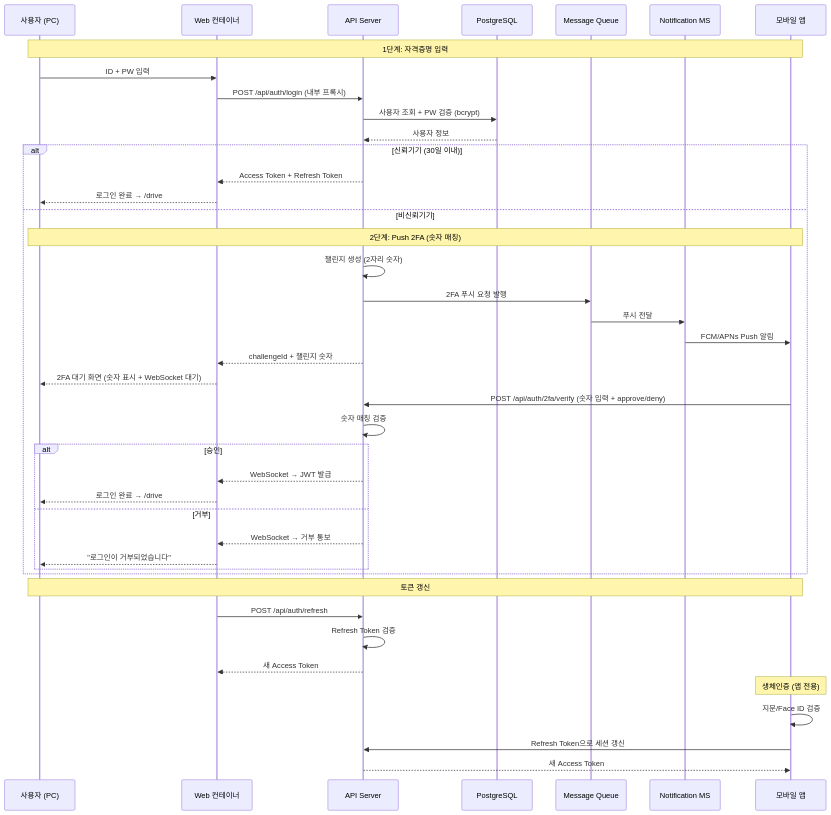
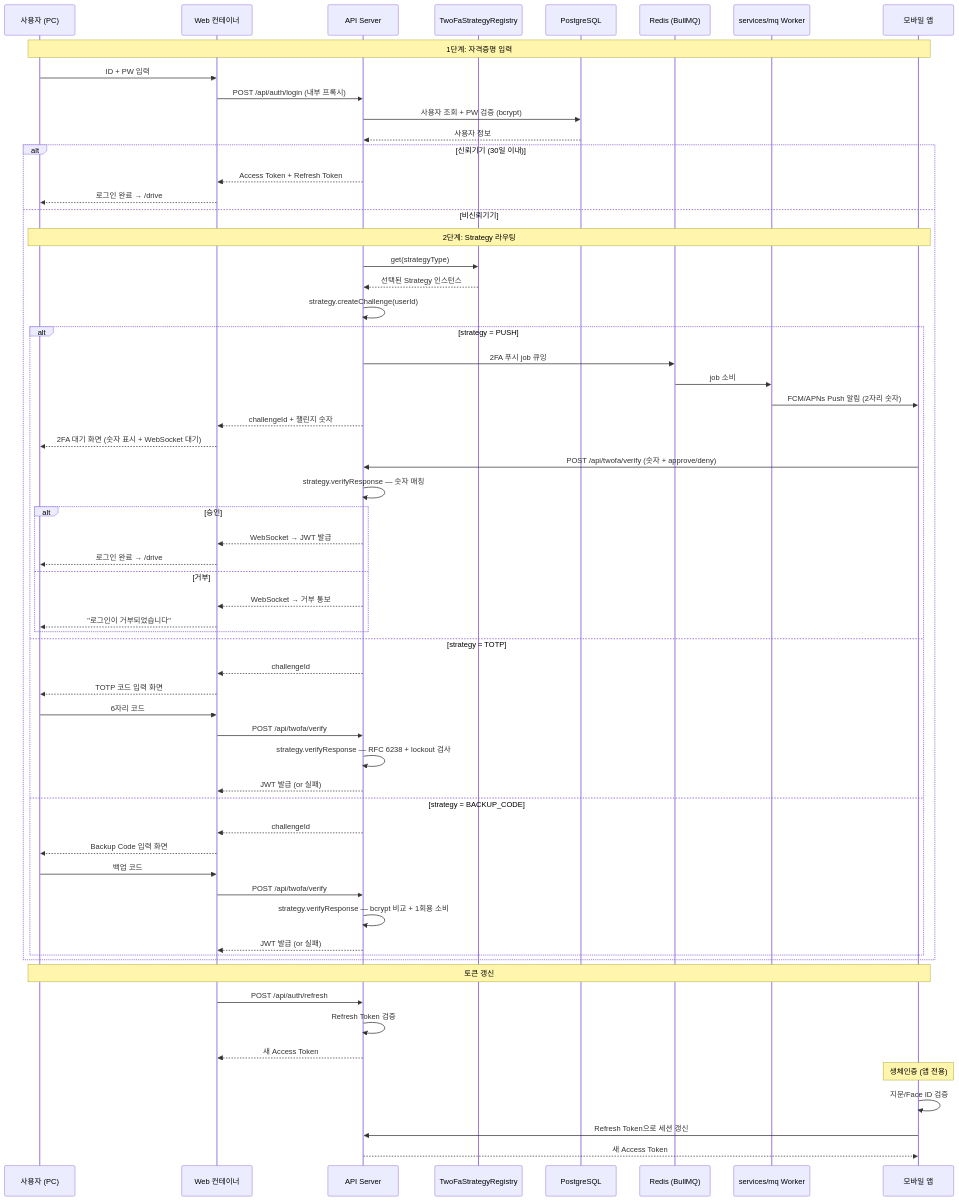
The fourth of 7 diagrams in docs/planning/architecture.md (idenn207/terab), drawn with Mermaid before and after one commit. The commit also changed other lines of this file and 6 other files, not shown here.

First line of the commit message:
docs(arch): 아키텍처 다이어그램 재설계 + ADR 신설 (워크스트림 5)

````diff
--- a/docs/planning/architecture.md
+++ b/docs/planning/architecture.md
@@ -211,49 +250,68 @@
 ```mermaid
 sequenceDiagram
     participant U as 사용자 (PC)
     participant W as Web 컨테이너
     participant A as API Server
+    participant Reg as TwoFaStrategyRegistry
     participant DB as PostgreSQL
-    participant MQ as Message Queue
-    participant N as Notification MS
+    participant Redis as Redis (BullMQ)
+    participant MQ as services/mq Worker
     participant M as 모바일 앱
 
     Note over U,M: 1단계: 자격증명 입력
     U->>W: ID + PW 입력
     W->>A: POST /api/auth/login (내부 프록시)
     A->>DB: 사용자 조회 + PW 검증 (bcrypt)
     DB-->>A: 사용자 정보
 
     alt 신뢰기기 (30일 이내)
         A-->>W: Access Token + Refresh Token
         W-->>U: 로그인 완료 → /drive
     else 비신뢰기기
-        Note over U,M: 2단계: Push 2FA (숫자 매칭)
-        A->>A: 챌린지 생성 (2자리 숫자)
-        A->>MQ: 2FA 푸시 요청 발행
-        MQ->>N: 푸시 전달
-        N->>M: FCM/APNs Push 알림
-        A-->>W: challengeId + 챌린지 숫자
-        W-->>U: 2FA 대기 화면 (숫자 표시 + WebSocket 대기)
+        Note over U,M: 2단계: Strategy 라우팅
+        A->>Reg: get(strategyType)
+        Reg-->>A: 선택된 Strategy 인스턴스
+        A->>A: strategy.createChallenge(userId)
 
-        M->>A: POST /api/auth/2fa/verify (숫자 입력 + approve/deny)
-        A->>A: 숫자 매칭 검증
-        alt 승인
-            A-->>W: WebSocket → JWT 발급
-            W-->>U: 로그인 완료 → /drive
-        else 거부
-            A-->>W: WebSocket → 거부 통보
-            W-->>U: "로그인이 거부되었습니다"
+        alt strategy = PUSH
+            A->>Redis: 2FA 푸시 job 큐잉
+            Redis->>MQ: job 소비
+            MQ->>M: FCM/APNs Push 알림 (2자리 숫자)
+            A-->>W: challengeId + 챌린지 숫자
+            W-->>U: 2FA 대기 화면 (숫자 표시 + WebSocket 대기)
+            M->>A: POST /api/twofa/verify (숫자 + approve/deny)
+            A->>A: strategy.verifyResponse — 숫자 매칭
+            alt 승인
+                A-->>W: WebSocket → JWT 발급
+                W-->>U: 로그인 완료 → /drive
+            else 거부
+                A-->>W: WebSocket → 거부 통보
+                W-->>U: "로그인이 거부되었습니다"
+            end
+        else strategy = TOTP
+            A-->>W: challengeId
+            W-->>U: TOTP 코드 입력 화면
+            U->>W: 6자리 코드
+            W->>A: POST /api/twofa/verify
+            A->>A: strategy.verifyResponse — RFC 6238 + lockout 검사
+            A-->>W: JWT 발급 (or 실패)
+        else strategy = BACKUP_CODE
+            A-->>W: challengeId
+            W-->>U: Backup Code 입력 화면
+            U->>W: 백업 코드
+            W->>A: POST /api/twofa/verify
+            A->>A: strategy.verifyResponse — bcrypt 비교 + 1회용 소비
+            A-->>W: JWT 발급 (or 실패)
         end
     end
 
     Note over U,M: 토큰 갱신
     W->>A: POST /api/auth/refresh
     A->>A: Refresh Token 검증
     A-->>W: 새 Access Token
 
     Note over M,M: 생체인증 (앱 전용)
     M->>M: 지문/Face ID 검증
     M->>A: Refresh Token으로 세션 갱신
     A-->>M: 새 Access Token
 ```
````
